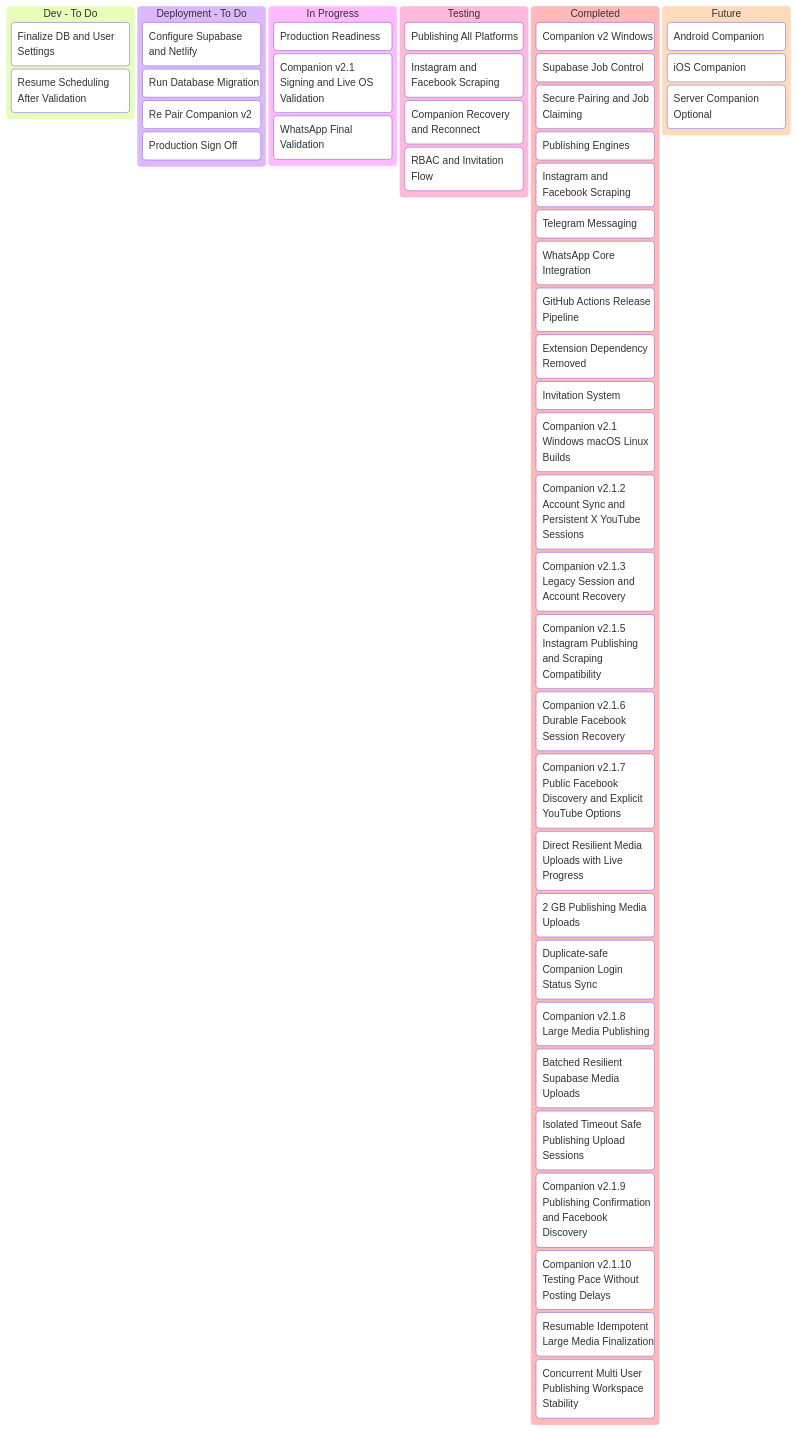
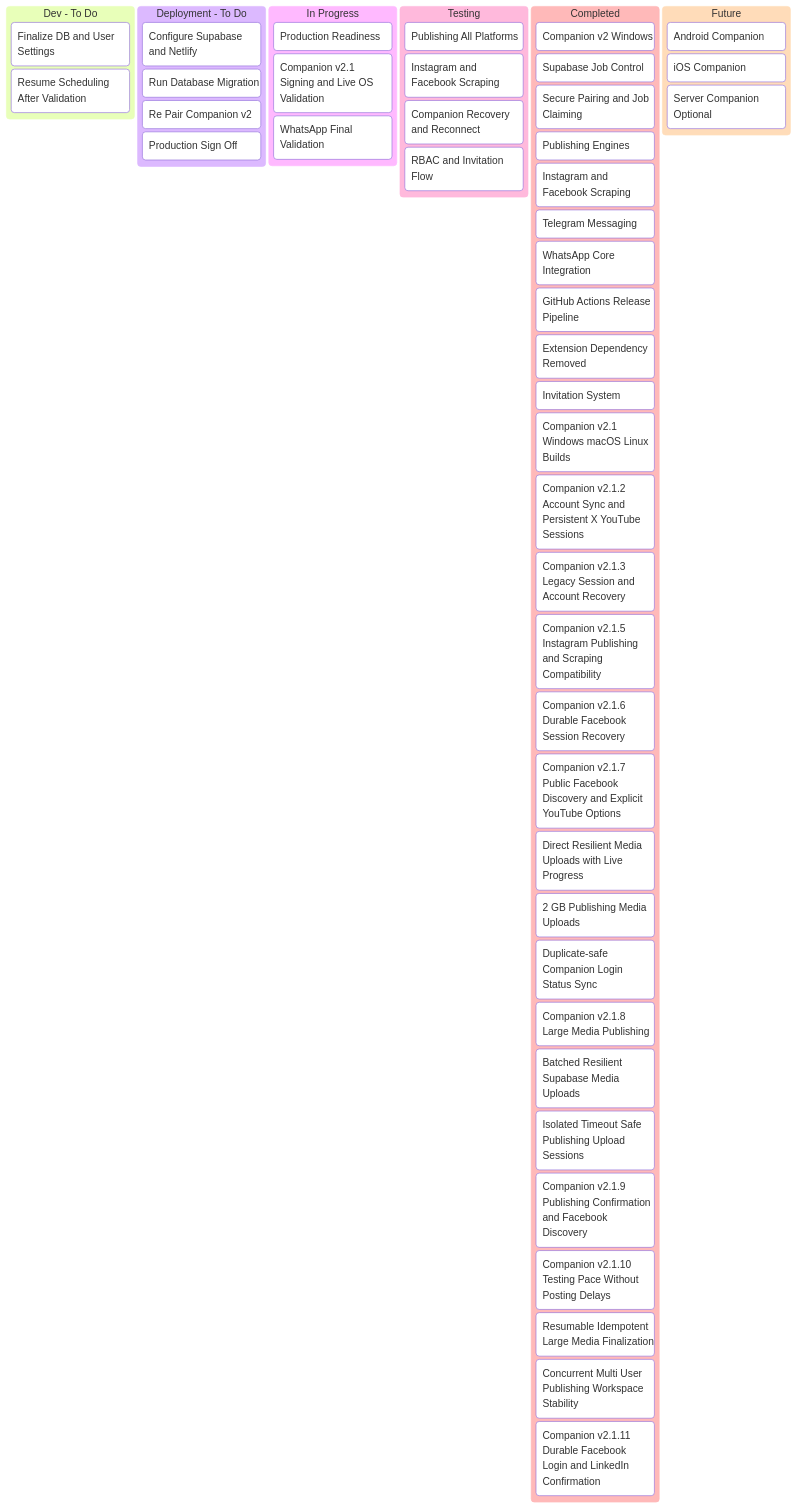
One commit to tinitiateprime/agentic-that changed the first of 2 diagrams in agentic-that-project-tracker.md. Above: the diagram before and after it, drawn with Mermaid. The commit also changed 22 other files, not shown here.

Commit message:
fix: persist Facebook login and confirm LinkedIn posts

````diff
--- a/agentic-that-project-tracker.md
+++ b/agentic-that-project-tracker.md
@@ -5,56 +5,57 @@
 ```mermaid
 kanban
   devTodo[Dev - To Do]
     dev1[Finalize DB and User Settings]
     dev2[Resume Scheduling After Validation]
 
   deploymentTodo[Deployment - To Do]
     dep1[Configure Supabase and Netlify]
     dep2[Run Database Migration]
     dep3[Re Pair Companion v2]
     dep4[Production Sign Off]
 
   inProgress[In Progress]
     prog1[Production Readiness]
     prog2[Companion v2.1 Signing and Live OS Validation]
     prog3[WhatsApp Final Validation]
 
   testing[Testing]
     test1[Publishing All Platforms]
     test2[Instagram and Facebook Scraping]
     test3[Companion Recovery and Reconnect]
     test4[RBAC and Invitation Flow]
 
   completed[Completed]
     done1[Companion v2 Windows]
     done2[Supabase Job Control]
     done3[Secure Pairing and Job Claiming]
     done4[Publishing Engines]
     done5[Instagram and Facebook Scraping]
     done6[Telegram Messaging]
     done7[WhatsApp Core Integration]
     done8[GitHub Actions Release Pipeline]
     done9[Extension Dependency Removed]
     done10[Invitation System]
     done11[Companion v2.1 Windows macOS Linux Builds]
     done12[Companion v2.1.2 Account Sync and Persistent X YouTube Sessions]
     done13[Companion v2.1.3 Legacy Session and Account Recovery]
     done14[Companion v2.1.5 Instagram Publishing and Scraping Compatibility]
     done15[Companion v2.1.6 Durable Facebook Session Recovery]
     done16[Companion v2.1.7 Public Facebook Discovery and Explicit YouTube Options]
     done17[Direct Resilient Media Uploads with Live Progress]
     done18[2 GB Publishing Media Uploads]
     done19[Duplicate-safe Companion Login Status Sync]
     done20[Companion v2.1.8 Large Media Publishing]
     done21[Batched Resilient Supabase Media Uploads]
     done22[Isolated Timeout Safe Publishing Upload Sessions]
     done23[Companion v2.1.9 Publishing Confirmation and Facebook Discovery]
     done24[Companion v2.1.10 Testing Pace Without Posting Delays]
     done25[Resumable Idempotent Large Media Finalization]
     done26[Concurrent Multi User Publishing Workspace Stability]
+    done27[Companion v2.1.11 Durable Facebook Login and LinkedIn Confirmation]
 
   future[Future]
     future1[Android Companion]
     future2[iOS Companion]
     future3[Server Companion Optional]
 ```
````
